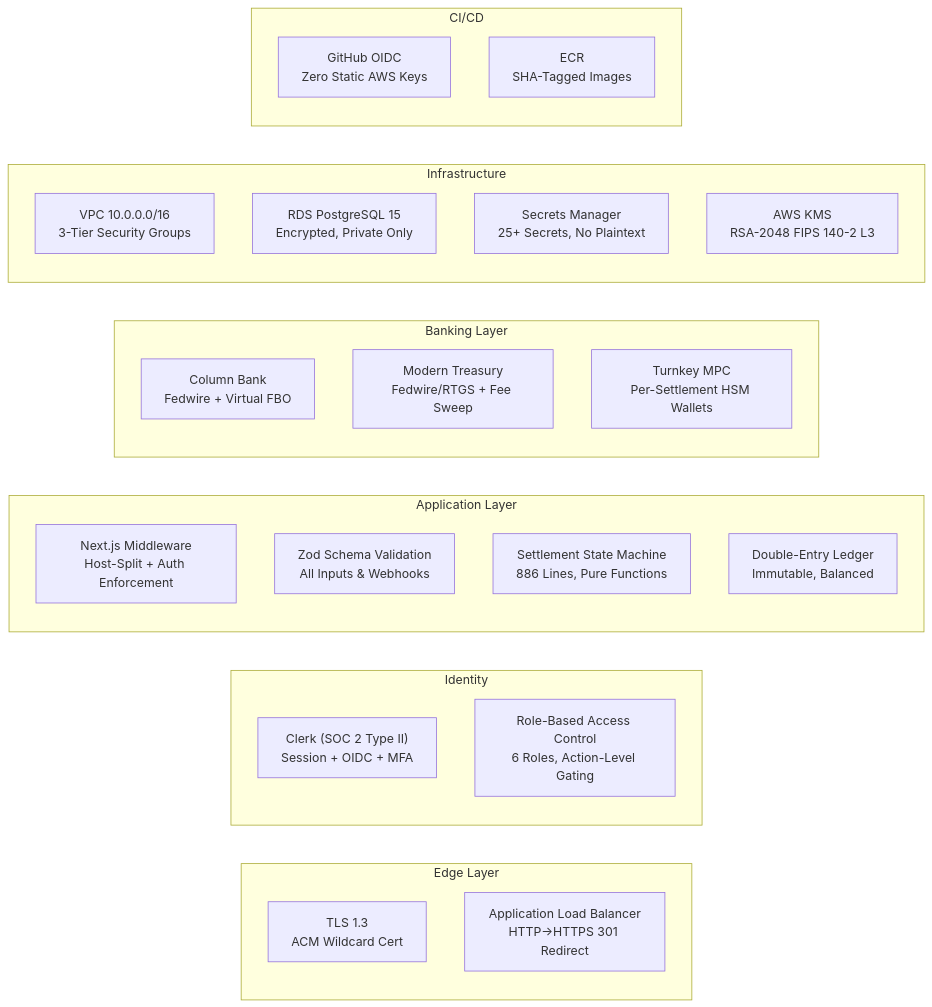
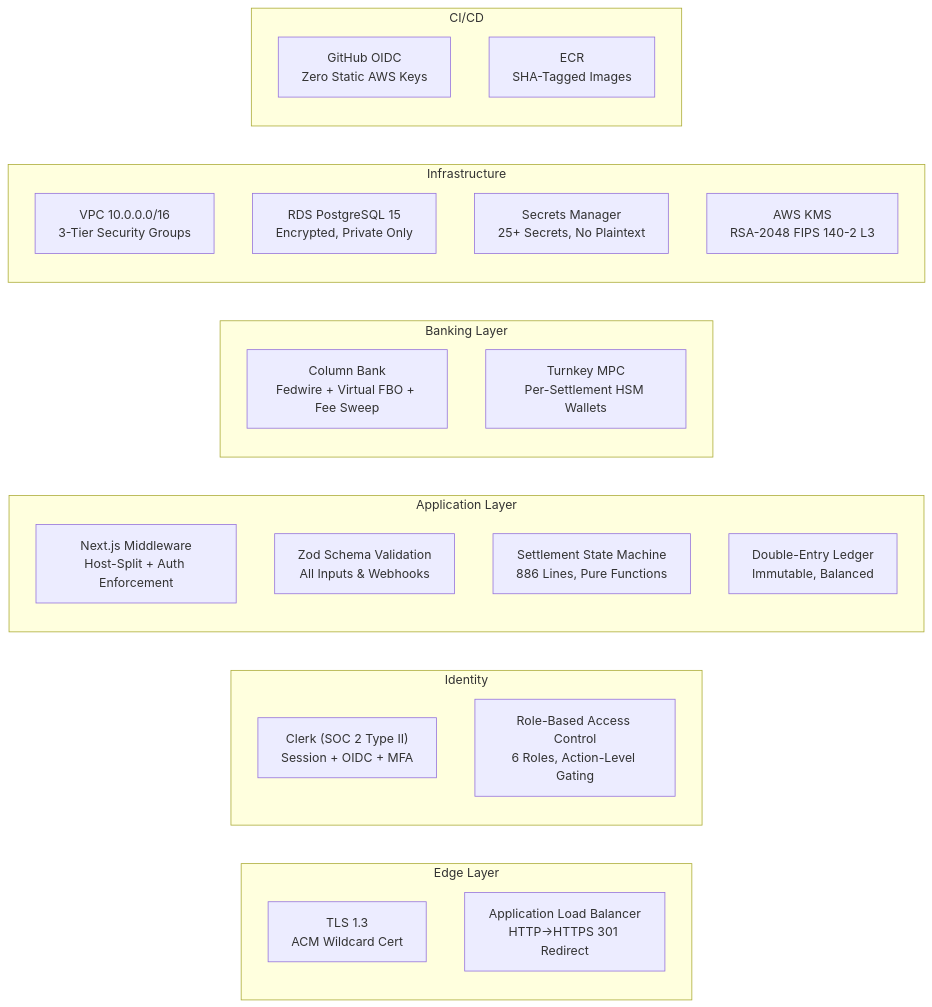
The fourth of 4 diagrams in docs/security-report.md (bbarnes4318/aurumshield), drawn with Mermaid before and after one commit. The commit also changed other lines of this file and 80 other files, not shown here.

````diff
--- a/docs/security-report.md
+++ b/docs/security-report.md
@@ -608,37 +606,36 @@
 ```mermaid
 graph LR
     subgraph "Edge Layer"
         TLS["TLS 1.3<br/>ACM Wildcard Cert"]
         ALB["Application Load Balancer<br/>HTTP→HTTPS 301 Redirect"]
     end
     
     subgraph "Identity"
         Clerk["Clerk (SOC 2 Type II)<br/>Session + OIDC + MFA"]
         RBAC["Role-Based Access Control<br/>6 Roles, Action-Level Gating"]
     end
     
     subgraph "Application Layer"
         Middleware["Next.js Middleware<br/>Host-Split + Auth Enforcement"]
         Zod["Zod Schema Validation<br/>All Inputs & Webhooks"]
         Engine["Settlement State Machine<br/>886 Lines, Pure Functions"]
         Ledger["Double-Entry Ledger<br/>Immutable, Balanced"]
     end
     
     subgraph "Banking Layer"
-        Column["Column Bank<br/>Fedwire + Virtual FBO"]
-        MT["Modern Treasury<br/>Fedwire/RTGS + Fee Sweep"]
+        Column["Column Bank<br/>Fedwire + Virtual FBO + Fee Sweep"]
         Turnkey["Turnkey MPC<br/>Per-Settlement HSM Wallets"]
     end
     
     subgraph "Infrastructure"
         VPC["VPC 10.0.0.0/16<br/>3-Tier Security Groups"]
         RDS["RDS PostgreSQL 15<br/>Encrypted, Private Only"]
         SM["Secrets Manager<br/>25+ Secrets, No Plaintext"]
         KMS["AWS KMS<br/>RSA-2048 FIPS 140-2 L3"]
     end
     
     subgraph "CI/CD"
         OIDC["GitHub OIDC<br/>Zero Static AWS Keys"]
         ECR["ECR<br/>SHA-Tagged Images"]
     end
 ```
````
